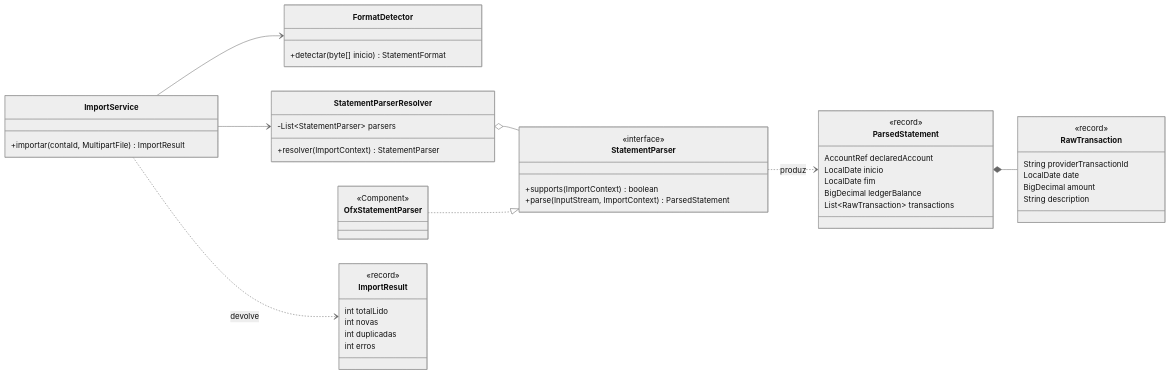
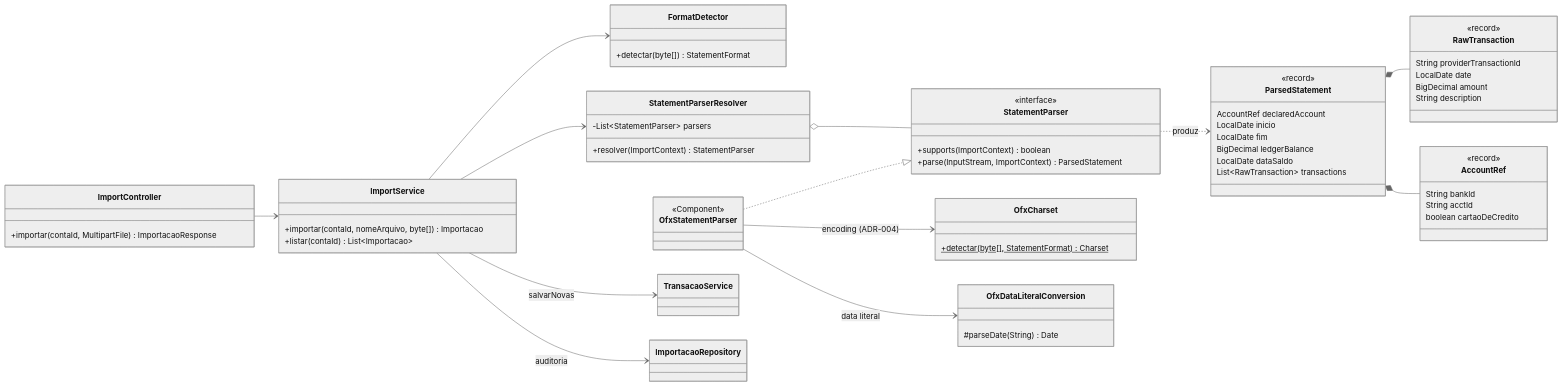
The third of 4 diagrams in project/fintrack-modelo-dados.md (TempJunior/fintrack-api), drawn with Mermaid (neutral theme) before and after one commit. The commit also changed other lines of this file and 36 other files, not shown here.

First line of the commit message:
feat(importing): add OFX import with format detection, account checks and audit trail

````diff
--- a/project/fintrack-modelo-dados.md
+++ b/project/fintrack-modelo-dados.md
@@ -238,53 +238,68 @@
 ```mermaid
 classDiagram
     direction LR
 
+    class ImportController {
+        +importar(contaId, MultipartFile) ImportacaoResponse
+    }
     class ImportService {
-        +importar(contaId, MultipartFile) ImportResult
+        +importar(contaId, nomeArquivo, byte[]) Importacao
+        +listar(contaId) List~Importacao~
     }
     class FormatDetector {
-        +detectar(byte[] inicio) StatementFormat
+        +detectar(byte[]) StatementFormat
     }
     class StatementParserResolver {
         -List~StatementParser~ parsers
         +resolver(ImportContext) StatementParser
     }
     class StatementParser {
         <<interface>>
         +supports(ImportContext) boolean
         +parse(InputStream, ImportContext) ParsedStatement
     }
     class OfxStatementParser {
         <<Component>>
     }
+    class OfxCharset {
+        +detectar(byte[], StatementFormat) Charset$
+    }
+    class OfxDataLiteralConversion {
+        #parseDate(String) Date
+    }
     class ParsedStatement {
         <<record>>
         AccountRef declaredAccount
         LocalDate inicio
         LocalDate fim
         BigDecimal ledgerBalance
+        LocalDate dataSaldo
         List~RawTransaction~ transactions
+    }
+    class AccountRef {
+        <<record>>
+        String bankId
+        String acctId
+        boolean cartaoDeCredito
     }
     class RawTransaction {
         <<record>>
         String providerTransactionId
         LocalDate date
         BigDecimal amount
         String description
     }
-    class ImportResult {
-        <<record>>
-        int totalLido
-        int novas
-        int duplicadas
-        int erros
-    }
 
+    ImportController --> ImportService
     ImportService --> FormatDetector
     ImportService --> StatementParserResolver
+    ImportService --> TransacaoService : salvarNovas
+    ImportService --> ImportacaoRepository : auditoria
     StatementParserResolver o-- StatementParser
     OfxStatementParser ..|> StatementParser
+    OfxStatementParser --> OfxCharset : encoding (ADR-004)
+    OfxStatementParser --> OfxDataLiteralConversion : data literal
     StatementParser ..> ParsedStatement : produz
     ParsedStatement *-- RawTransaction
-    ImportService ..> ImportResult : devolve
+    ParsedStatement *-- AccountRef
 ```
````
